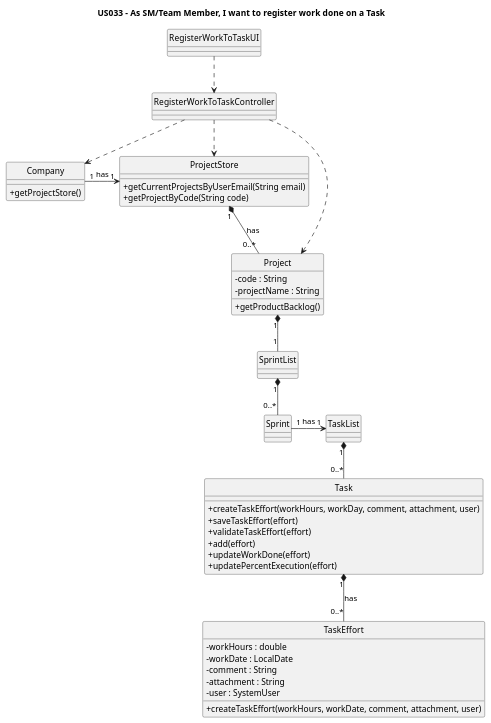
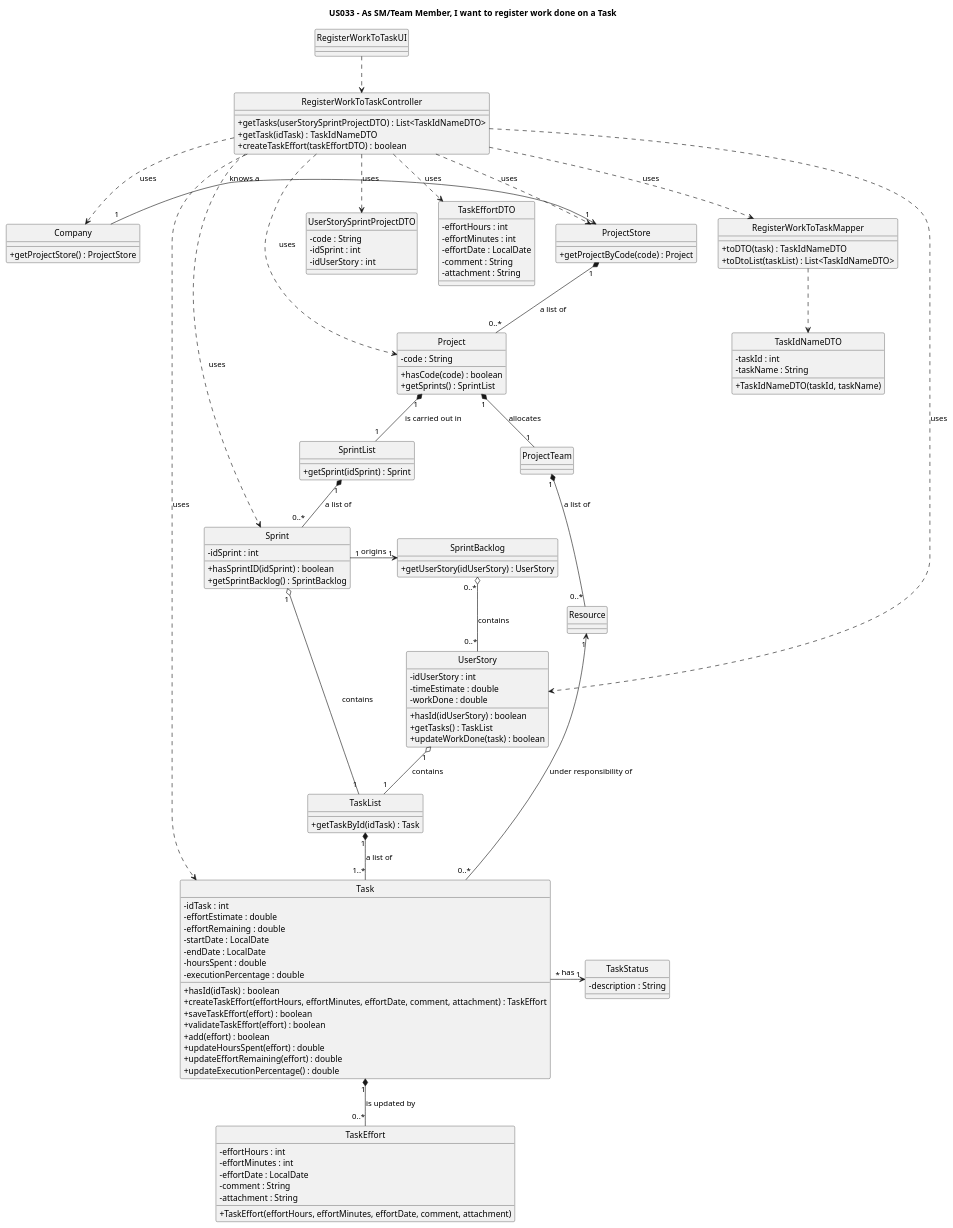
One commit to nunogon1211787/projectManagement changed the diagram in docs/Sprint3/US033/US033-CD.puml. Above: the diagram before and after it, drawn with PlantUML. The commit also changed 2 other files, not shown here.

```diff
--- a/docs/Sprint3/US033/US033-CD.puml
+++ b/docs/Sprint3/US033/US033-CD.puml
@@ -1,70 +1,148 @@
 @startuml
 'https://plantuml.com/class-diagram
 
 hide circle
 skinparam classAttributeIconSize 0
 
 title US033 - As SM/Team Member, I want to register work done on a Task
 
 class RegisterWorkToTaskUI {
 }
 
 class RegisterWorkToTaskController {
++getTasks(userStorySprintProjectDTO) : List<TaskIdNameDTO>
++getTask(idTask) : TaskIdNameDTO
++createTaskEffort(taskEffortDTO) : boolean
 }
 
 class Company {
-    +getProjectStore()
++getProjectStore() : ProjectStore
+}
+
+class UserStorySprintProjectDTO {
+-code : String
+-idSprint : int
+-idUserStory : int
+}
+
+class TaskEffortDTO {
+-effortHours : int
+-effortMinutes : int
+-effortDate : LocalDate
+-comment : String
+-attachment : String
+}
+
+class TaskIdNameDTO {
+-taskId : int
+-taskName : String
++TaskIdNameDTO(taskId, taskName)
+}
+
+class RegisterWorkToTaskMapper {
++toDTO(task) : TaskIdNameDTO
++toDtoList(taskList) : List<TaskIdNameDTO>
 }
 
 class ProjectStore {
-+getCurrentProjectsByUserEmail(String email)
-+getProjectByCode(String code)
++getProjectByCode(code) : Project
 }
 
 class Project {
 -code : String
--projectName : String
-+getProductBacklog()
++hasCode(code) : boolean
++getSprints() : SprintList
+}
+
+class ProjectTeam {
+}
+
+class Resource {
 }
 
 class SprintList {
++getSprint(idSprint) : Sprint
 }
 
 class Sprint {
+-idSprint : int
++hasSprintID(idSprint) : boolean
++getSprintBacklog() : SprintBacklog
+}
+
+class SprintBacklog {
++getUserStory(idUserStory) : UserStory
+}
+
+class UserStory {
+-idUserStory : int
+-timeEstimate : double
+-workDone : double
++hasId(idUserStory) : boolean
++getTasks() : TaskList
++updateWorkDone(task) : boolean
 }
 
 class TaskList {
++getTaskById(idTask) : Task
 }
 
 class Task {
-+createTaskEffort(workHours, workDay, comment, attachment, user)
-+saveTaskEffort(effort)
-+validateTaskEffort(effort)
-+add(effort)
-+updateWorkDone(effort)
-+updatePercentExecution(effort)
+-idTask : int
+-effortEstimate : double
+-effortRemaining : double
+-startDate : LocalDate
+-endDate : LocalDate
+-hoursSpent : double
+-executionPercentage : double
++hasId(idTask) : boolean
++createTaskEffort(effortHours, effortMinutes, effortDate, comment, attachment) : TaskEffort
++saveTaskEffort(effort) : boolean
++validateTaskEffort(effort) : boolean
++add(effort) : boolean
++updateHoursSpent(effort) : double
++updateEffortRemaining(effort) : double
++updateExecutionPercentage() : double
+}
+
+class TaskStatus {
+-description : String
 }
 
 class TaskEffort {
--workHours : double
--workDate : LocalDate
+-effortHours : int
+-effortMinutes : int
+-effortDate : LocalDate
 -comment : String
 -attachment : String
--user : SystemUser
-+createTaskEffort(workHours, workDate, comment, attachment, user)
++TaskEffort(effortHours, effortMinutes, effortDate, comment, attachment)
 }
 
 RegisterWorkToTaskUI ..> RegisterWorkToTaskController
 
-RegisterWorkToTaskController ..> Company
-RegisterWorkToTaskController ..> ProjectStore
-RegisterWorkToTaskController ..> Project
+RegisterWorkToTaskController ..> Company : uses
+RegisterWorkToTaskController ..> UserStorySprintProjectDTO : uses
+RegisterWorkToTaskController ..> RegisterWorkToTaskMapper : uses
+RegisterWorkToTaskController ..> TaskEffortDTO : uses
+RegisterWorkToTaskMapper ..> TaskIdNameDTO
+RegisterWorkToTaskController ..> ProjectStore : uses
+RegisterWorkToTaskController ..> Project : uses
+RegisterWorkToTaskController ..> Sprint : uses
+RegisterWorkToTaskController ..> UserStory : uses
+RegisterWorkToTaskController ..> Task : uses
 
-Company "1" -> "1" ProjectStore: has
-ProjectStore "1" *-- "0..*" Project: has
-Project "1" *-- "1" SprintList
-SprintList "1" *-- "0..*" Sprint
-Sprint "1" -> "1" TaskList: has
-TaskList "1" *-- "0..*" Task
-Task "1" *-- "0..*" TaskEffort: has
+Company "1" -> "1" ProjectStore: knows a
+ProjectStore "1" *-- "0..*" Project: a list of
+Project "1" *-- "1" ProjectTeam : allocates
+ProjectTeam "1" *-- "0..*" Resource : a list of
+Resource "1" <- "0..*" Task : under responsibility of
+Project "1" *-- "1" SprintList : is carried out in
+SprintList "1" *-- "0..*" Sprint :a list of
+Sprint "1" -> "1" SprintBacklog: origins
+SprintBacklog "0..*" o-- "0..*" UserStory: contains
+UserStory "1" o-- "1" TaskList: contains
+Sprint "1" o-- "1" TaskList: contains
+TaskList "1" *-- "1..*" Task : a list of
+Task "*" -> "1" TaskStatus : has
+Task "1" *-- "0..*" TaskEffort: is updated by
 @enduml
```
